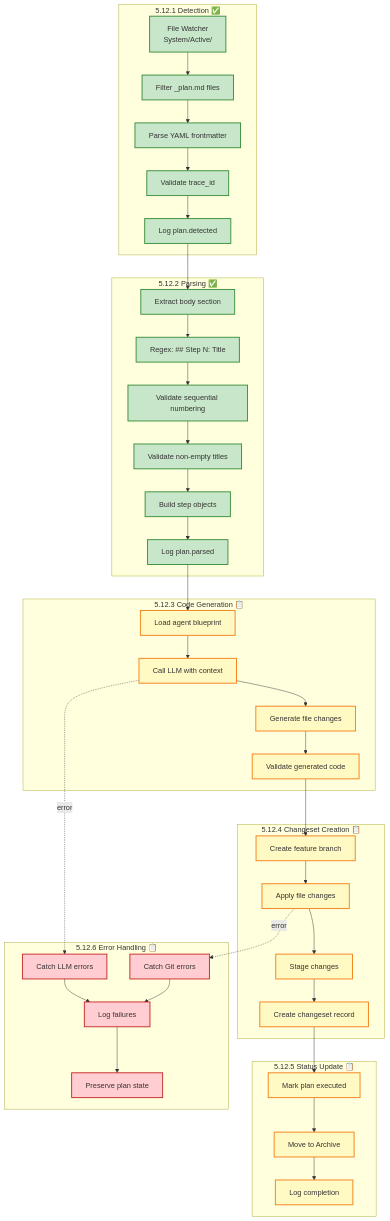
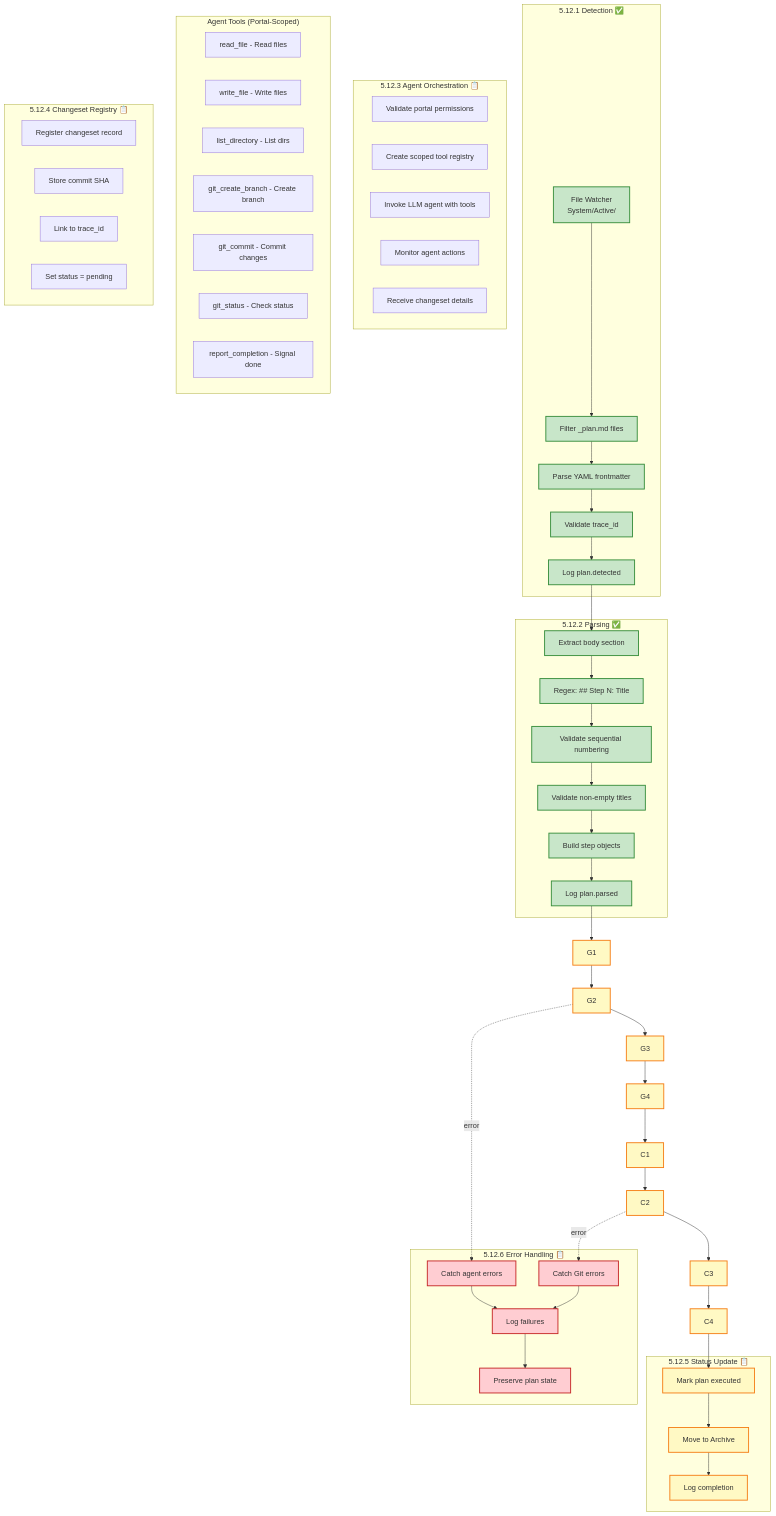
One commit to dostark/exoframe-public changed the fourth of 12 diagrams in docs/ExoFrame_Architecture.md. Above: the diagram before and after it, drawn with Mermaid. The commit also changed other lines of this file and 6 other files, not shown here.

First line of the commit message:
docs: refactor Step 5.12 to agent-driven architecture

````diff
--- a/docs/ExoFrame_Architecture.md
+++ b/docs/ExoFrame_Architecture.md
@@ -251,69 +285,80 @@
 ```mermaid
 graph TB
     subgraph Detection["5.12.1 Detection ✅"]
         D1[File Watcher<br/>System/Active/]
         D2[Filter _plan.md files]
         D3[Parse YAML frontmatter]
         D4[Validate trace_id]
         D5[Log plan.detected]
     end
     
     subgraph Parsing["5.12.2 Parsing ✅"]
         P1[Extract body section]
         P2[Regex: ## Step N: Title]
         P3[Validate sequential numbering]
         P4[Validate non-empty titles]
         P5[Build step objects]
         P6[Log plan.parsed]
     end
     
-    subgraph Generation["5.12.3 Code Generation 📋"]
-        G1[Load agent blueprint]
-        G2[Call LLM with context]
-        G3[Generate file changes]
-        G4[Validate generated code]
+    subgraph Orchestration["5.12.3 Agent Orchestration 📋"]
+        O1[Validate portal permissions]
+        O2[Create scoped tool registry]
+        O3[Invoke LLM agent with tools]
+        O4[Monitor agent actions]
+        O5[Receive changeset details]
     end
     
-    subgraph Changeset["5.12.4 Changeset Creation 📋"]
-        C1[Create feature branch]
-        C2[Apply file changes]
-        C3[Stage changes]
-        C4[Create changeset record]
+    subgraph AgentTools["Agent Tools (Portal-Scoped)"]
+        T1[read_file - Read files]
+        T2[write_file - Write files]
+        T3[list_directory - List dirs]
+        T4[git_create_branch - Create branch]
+        T5[git_commit - Commit changes]
+        T6[git_status - Check status]
+        T7[report_completion - Signal done]
+    end
+    
+    subgraph Registry["5.12.4 Changeset Registry 📋"]
+        R1[Register changeset record]
+        R2[Store commit SHA]
+        R3[Link to trace_id]
+        R4[Set status = pending]
     end
     
     subgraph Status["5.12.5 Status Update 📋"]
         S1[Mark plan executed]
         S2[Move to Archive]
         S3[Log completion]
     end
     
     subgraph Error["5.12.6 Error Handling 📋"]
-        E1[Catch LLM errors]
+        E1[Catch agent errors]
         E2[Catch Git errors]
         E3[Log failures]
         E4[Preserve plan state]
     end
     
     D1 --> D2 --> D3 --> D4 --> D5
     D5 --> P1
     P1 --> P2 --> P3 --> P4 --> P5 --> P6
     P6 --> G1
     G1 --> G2 --> G3 --> G4
     G4 --> C1
     C1 --> C2 --> C3 --> C4
     C4 --> S1
     S1 --> S2 --> S3
     
     G2 -.error.-> E1
     C2 -.error.-> E2
     E1 --> E3 --> E4
     E2 --> E3
     
     classDef implemented fill:#c8e6c9,stroke:#388e3c,stroke-width:2px
     classDef planned fill:#fff9c4,stroke:#f57f17,stroke-width:2px
     classDef error fill:#ffcdd2,stroke:#c62828,stroke-width:2px
     
     class D1,D2,D3,D4,D5,P1,P2,P3,P4,P5,P6 implemented
     class G1,G2,G3,G4,C1,C2,C3,C4,S1,S2,S3 planned
     class E1,E2,E3,E4 error
 ```
````
